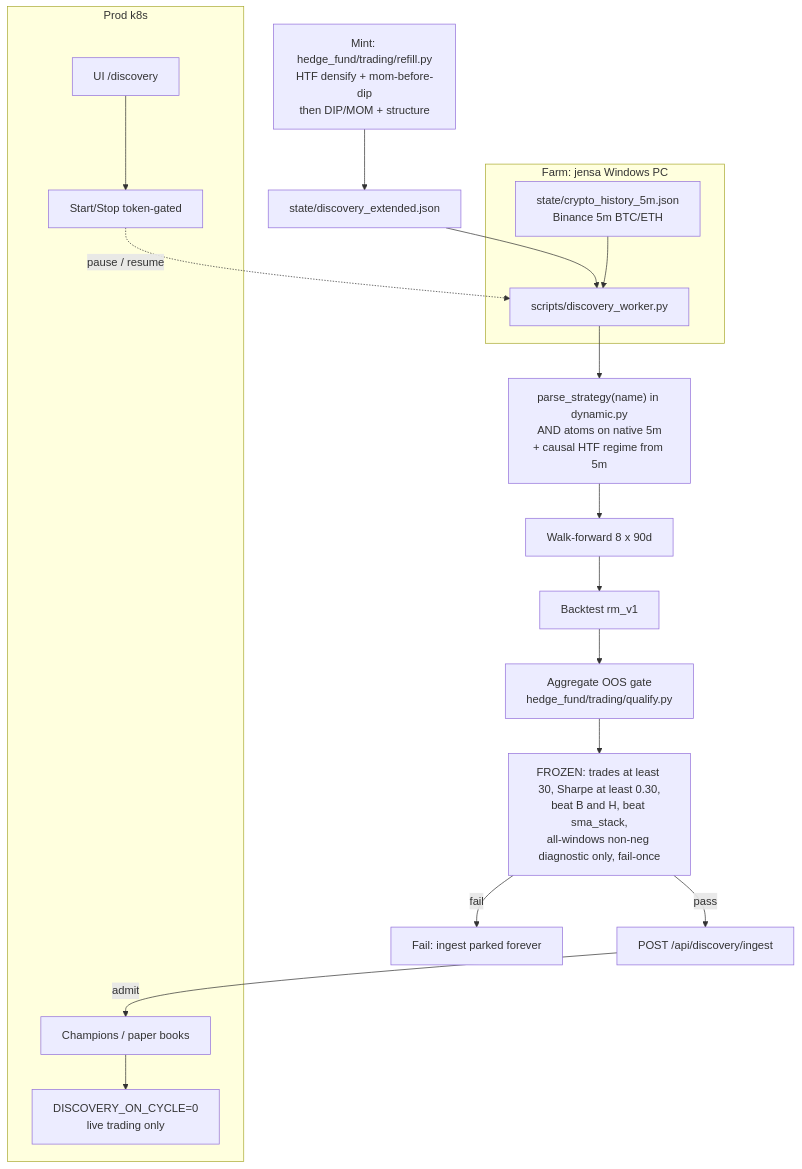
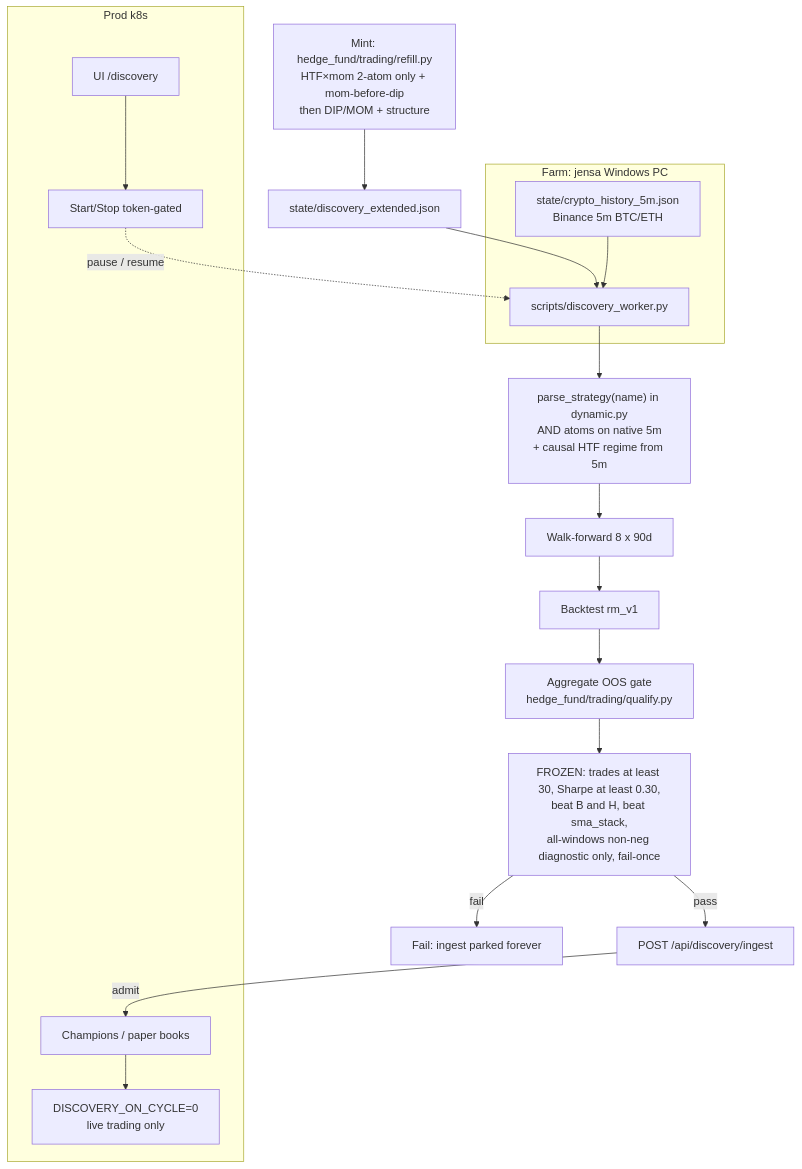
The first of 3 diagrams in docs/WORKFLOW.md (Runemark7/paper-trading-bot), drawn with Mermaid before and after one commit. The commit also changed other lines of this file and 4 other files, not shown here.

First line of the commit message:
feat(discovery): mint HTF×mom 2-atom only (no structure AND)

````diff
--- a/docs/WORKFLOW.md
+++ b/docs/WORKFLOW.md
@@ -50,38 +50,38 @@
 ```mermaid
 flowchart TB
-  recipe["Mint: hedge_fund/trading/refill.py\nHTF densify + mom-before-dip\nthen DIP/MOM + structure"]
+  recipe["Mint: hedge_fund/trading/refill.py\nHTF×mom 2-atom only + mom-before-dip\nthen DIP/MOM + structure"]
   ext["state/discovery_extended.json"]
   recipe --> ext
 
   subgraph farm [Farm: jensa Windows PC]
     worker["scripts/discovery_worker.py"]
     hist["state/crypto_history_5m.json\nBinance 5m BTC/ETH"]
   end
   ext --> worker
   hist --> worker
 
   parse["parse_strategy(name) in dynamic.py\nAND atoms on native 5m\n+ causal HTF regime from 5m"]
   wf["Walk-forward 8 x 90d"]
   bt["Backtest rm_v1"]
   gate["Aggregate OOS gate\nhedge_fund/trading/qualify.py"]
   worker --> parse --> wf --> bt --> gate
 
   frozen["FROZEN: trades at least 30, Sharpe at least 0.30,\nbeat B and H, beat sma_stack,\nall-windows non-neg diagnostic only, fail-once"]
   gate --> frozen
 
   ingest["POST /api/discovery/ingest"]
   park["Fail: ingest parked forever"]
   frozen -->|"pass"| ingest
   frozen -->|"fail"| park
 
   subgraph prod [Prod k8s]
     champs["Champions / paper books"]
     live["DISCOVERY_ON_CYCLE=0\nlive trading only"]
     ui["UI /discovery"]
     ctl["Start/Stop token-gated"]
   end
   ingest -->|"admit"| champs
   champs --> live
   ui --> ctl
   ctl -.->|"pause / resume"| worker
 ```
````
